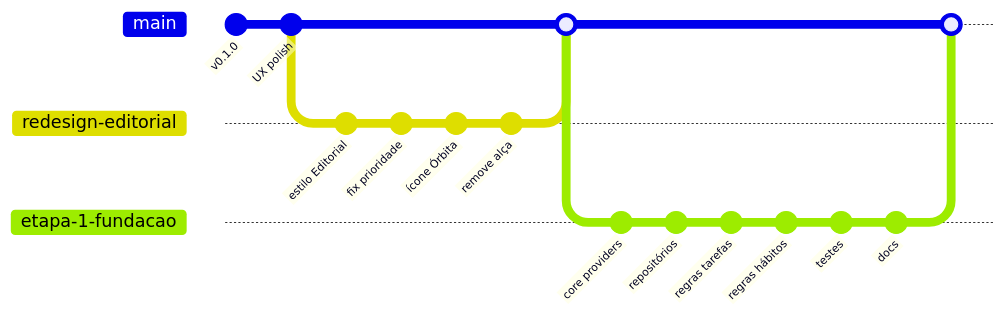
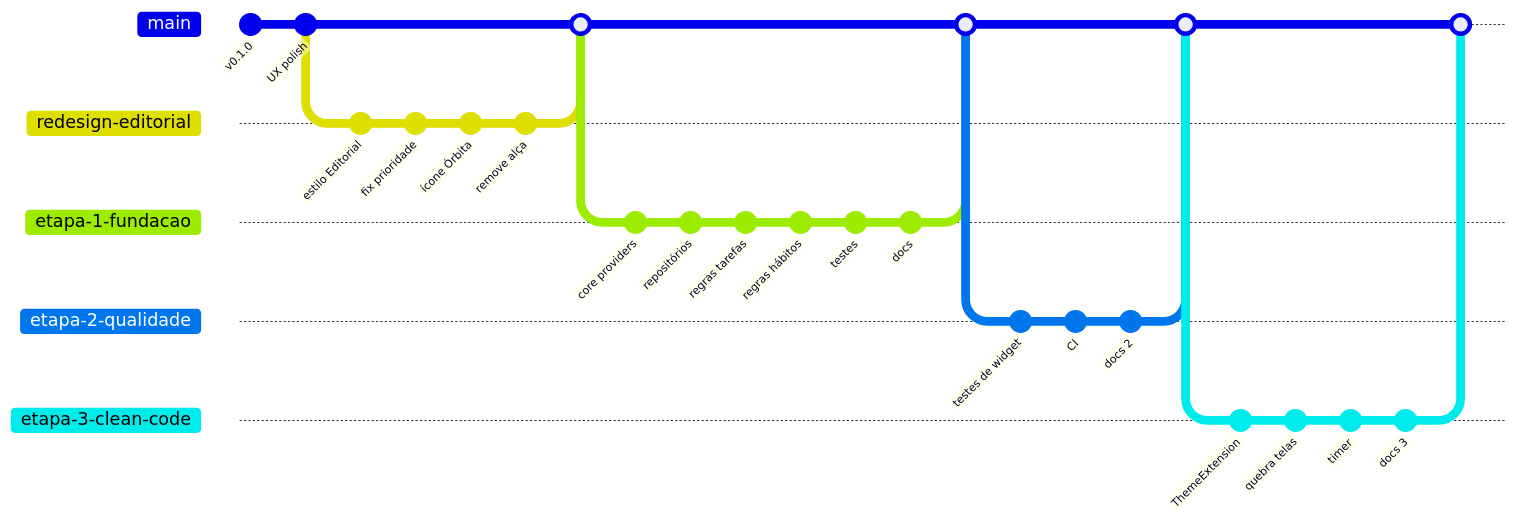
The diagram in docs/processo/ciclo-de-vida.md (Rick-Henrique7/Daily-Flow), drawn with Mermaid before and after one commit. The commit also changed 16 other files, not shown here.

````diff
--- a/docs/processo/ciclo-de-vida.md
+++ b/docs/processo/ciclo-de-vida.md
@@ -49,23 +49,38 @@
 ```mermaid
 gitGraph
   commit id: "v0.1.0"
   commit id: "UX polish"
   branch redesign-editorial
   checkout redesign-editorial
   commit id: "estilo Editorial"
   commit id: "fix prioridade"
   commit id: "ícone Órbita"
   commit id: "remove alça"
   checkout main
   merge redesign-editorial
   branch etapa-1-fundacao
   checkout etapa-1-fundacao
   commit id: "core providers"
   commit id: "repositórios"
   commit id: "regras tarefas"
   commit id: "regras hábitos"
   commit id: "testes"
   commit id: "docs"
   checkout main
   merge etapa-1-fundacao
+  branch etapa-2-qualidade
+  checkout etapa-2-qualidade
+  commit id: "testes de widget"
+  commit id: "CI"
+  commit id: "docs 2"
+  checkout main
+  merge etapa-2-qualidade
+  branch etapa-3-clean-code
+  checkout etapa-3-clean-code
+  commit id: "ThemeExtension"
+  commit id: "quebra telas"
+  commit id: "timer"
+  commit id: "docs 3"
+  checkout main
+  merge etapa-3-clean-code
 ```
````
